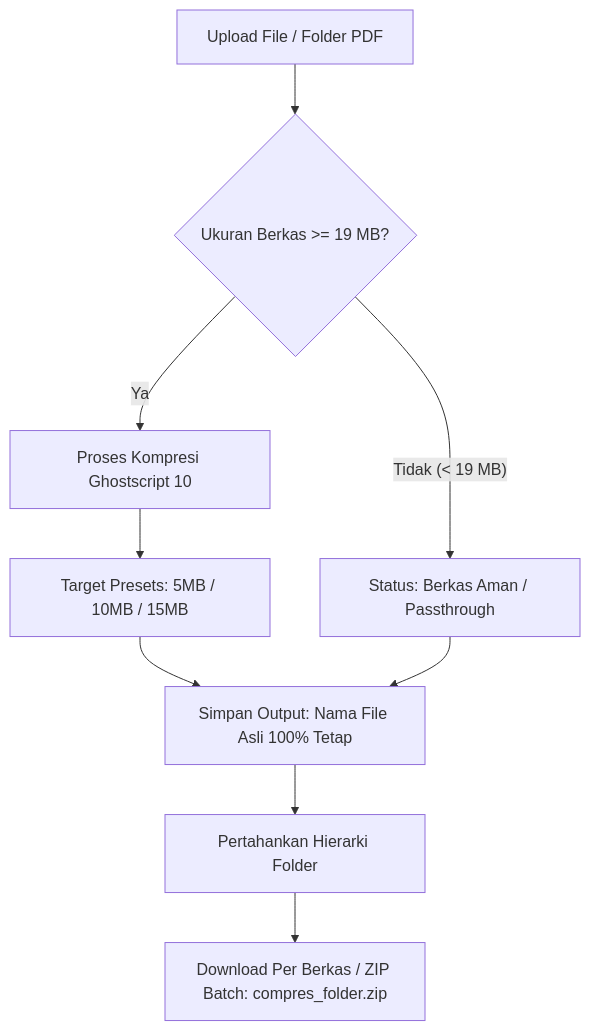
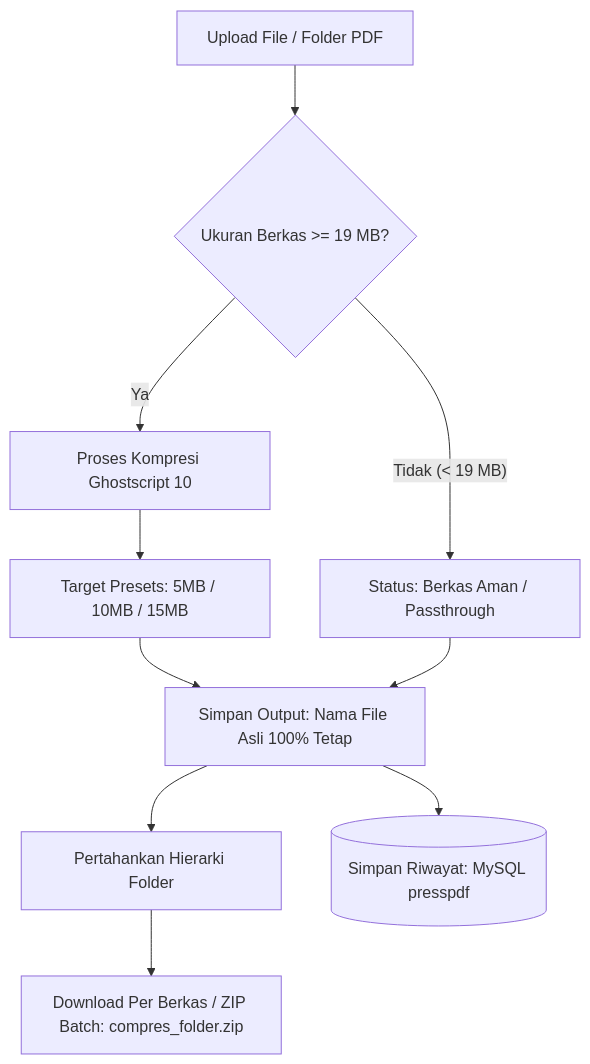
Before and after one commit to yogskuyy/presspdf: the diagram in README.md, drawn with Mermaid. The commit also changed other lines of this file and 4 other files, not shown here.

````diff
--- a/README.md
+++ b/README.md
@@ -63,11 +68,12 @@
 ```mermaid
 flowchart TD
     A[Upload File / Folder PDF] --> B{Ukuran Berkas >= 19 MB?}
     B -- Ya --> C[Proses Kompresi Ghostscript 10]
     C --> D[Target Presets: 5MB / 10MB / 15MB]
     D --> E[Simpan Output: Nama File Asli 100% Tetap]
     B -- Tidak (< 19 MB) --> F[Status: Berkas Aman / Passthrough]
     F --> E
     E --> G[Pertahankan Hierarki Folder]
+    E --> DB[(Simpan Riwayat: MySQL presspdf)]
     G --> H[Download Per Berkas / ZIP Batch: compres_folder.zip]
 ```
````
